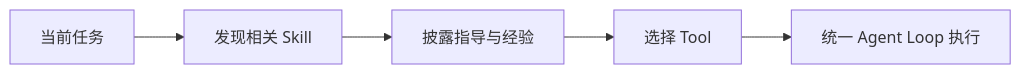
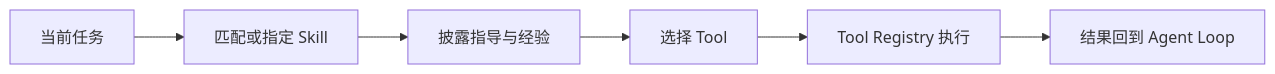
The first of 2 diagrams in docs/skill-system.md (chuancyzhang/deepseek-cowork), drawn with Mermaid before and after one commit. The commit also changed other lines of this file and 12 other files, not shown here.

````diff
--- a/docs/skill-system.md
+++ b/docs/skill-system.md
@@ -18,7 +21,8 @@
 ```mermaid
 flowchart LR
-    Q["当前任务"] --> D["发现相关 Skill"]
+    Q["当前任务"] --> D["匹配或指定 Skill"]
     D --> G["披露指导与经验"]
     G --> T["选择 Tool"]
-    T --> E["统一 Agent Loop 执行"]
+    T --> R["Tool Registry 执行"]
+    R --> A["结果回到 Agent Loop"]
 ```
````
